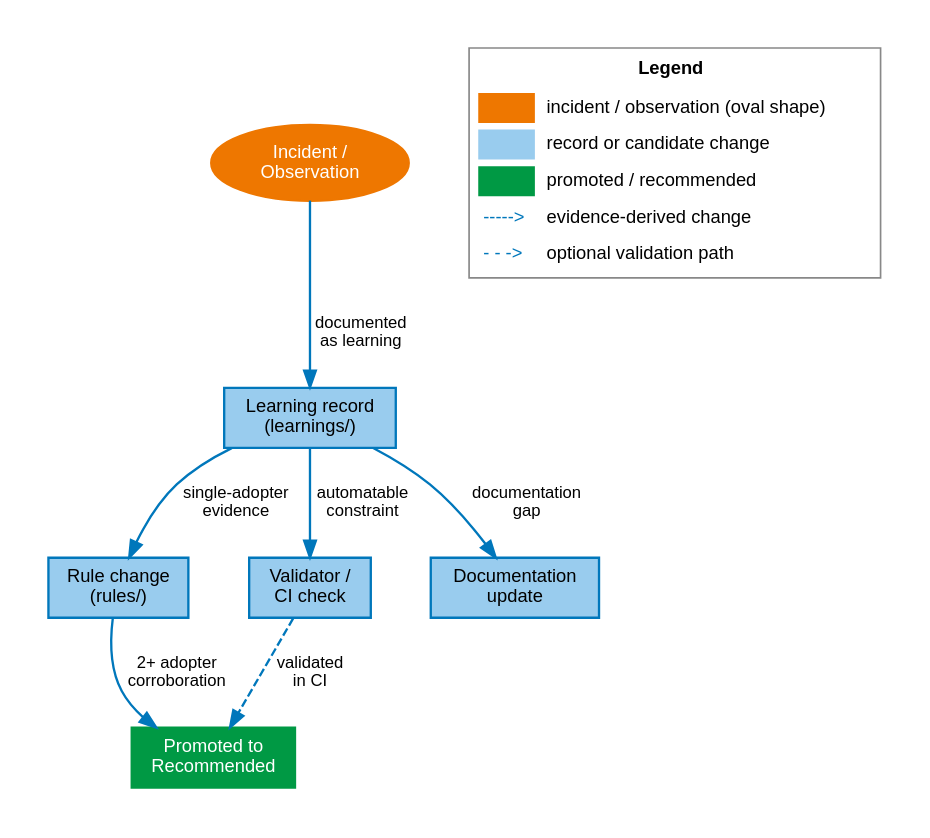
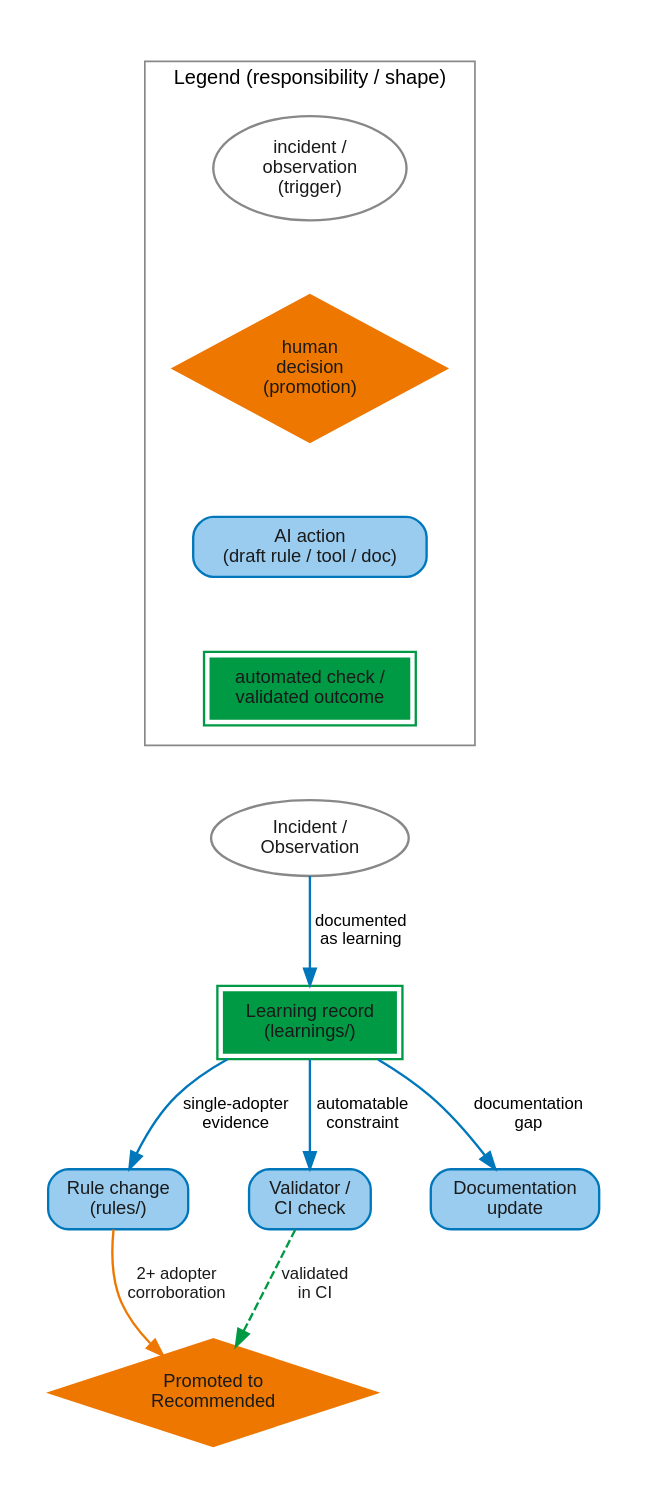
Before and after one commit to janipaijanen/agf-mirror: the diagram in agf/docs/figures/src/evidence-lifecycle.dot, drawn with Graphviz. The commit also changed 17 other files, not shown here.

```diff
--- a/agf/docs/figures/src/evidence-lifecycle.dot
+++ b/agf/docs/figures/src/evidence-lifecycle.dot
@@ -1,40 +1,74 @@
 // SPDX-License-Identifier: CC-BY-SA-4.0
 // agents-govern: evidence lifecycle (incident → learning → improvement)
 // Generate: dot -Tsvg evidence-lifecycle.dot -o ../evidence-lifecycle.svg
+//
+// Semantic responsibility palette: agf/docs/site/reference/palette.md
+// ("Semantic responsibility palette" section). Same contract and shape
+// key as gate-pipeline.dot / governance-loop.dot / learning-loop.dot:
+// fill colour encodes who is responsible for a node; shape is a second,
+// colour-independent signal for the same category. Fixes the same
+// "amber used for the wrong purpose" defect already fixed in
+// governance-loop: "Incident / Observation" was previously amber-filled
+// (also failing contrast: white text on amber is 2.89:1, below the
+// 4.5:1 AA threshold). Amber is now reserved exclusively for Human
+// decision (the "Promoted to Recommended" governance judgment);
+// "Incident / Observation" becomes the same neutral start-type ellipse
+// used by every other figure in this set.
 digraph evidence_lifecycle {
     graph [rankdir=TB, splines=spline, pad=0.3, nodesep=0.5, ranksep=0.6,
            bgcolor=white, fontname="Helvetica", fontsize=12]
     node  [fontname="Helvetica", fontsize=11, style=filled, shape=box,
            fillcolor="#99CCEE", color="#0077BB", penwidth=1.4]
     edge  [fontname="Helvetica", fontsize=10, color="#0077BB", penwidth=1.4]
 
+    // Shape key: identical treatment to the other converted figures.
+    subgraph cluster_shapekey {
+        label = "Legend (responsibility / shape)"
+        fontname = "Helvetica"
+        fontsize = 12
+        color = "#888888"
+        margin = 12
+
+        sk_oval      [label="incident /\nobservation\n(trigger)", shape=ellipse,
+                      fillcolor=white, color="#888888", fontcolor="#1A1A1A"]
+        sk_diamond   [label="human\ndecision\n(promotion)", shape=diamond,
+                      fillcolor="#EE7700", color="#EE7700", fontcolor="#1A1A1A"]
+        sk_ai        [label="AI action\n(draft rule / tool / doc)",
+                      style="filled,rounded", fillcolor="#99CCEE",
+                      color="#0077BB", fontcolor="#1A1A1A"]
+        sk_automated [label="automated check /\nvalidated outcome",
+                      style="filled,bold", peripheries=2, fillcolor="#009944",
+                      color="#009944", fontcolor="#1A1A1A"]
+
+        sk_oval -> sk_diamond -> sk_ai -> sk_automated [style=invis]
+    }
+
     incident  [label="Incident /\nObservation", shape=ellipse,
-               fillcolor="#EE7700", fontcolor=white, color="#EE7700"]
-    learning  [label="Learning record\n(learnings/)", fillcolor="#99CCEE"]
-    rule      [label="Rule change\n(rules/)", fillcolor="#99CCEE"]
-    tool      [label="Validator /\nCI check", fillcolor="#99CCEE"]
-    doc       [label="Documentation\nupdate", fillcolor="#99CCEE"]
-    promoted  [label="Promoted to\nRecommended", fillcolor="#009944",
-               fontcolor=white, color="#009944"]
+               fillcolor=white, color="#888888", fontcolor="#1A1A1A"]
+    learning  [label="Learning record\n(learnings/)", style="filled,bold",
+               peripheries=2, fillcolor="#009944", color="#009944",
+               fontcolor="#1A1A1A"]
+    rule      [label="Rule change\n(rules/)", style="filled,rounded",
+               fillcolor="#99CCEE", color="#0077BB", fontcolor="#1A1A1A"]
+    tool      [label="Validator /\nCI check", style="filled,rounded",
+               fillcolor="#99CCEE", color="#0077BB", fontcolor="#1A1A1A"]
+    doc       [label="Documentation\nupdate", style="filled,rounded",
+               fillcolor="#99CCEE", color="#0077BB", fontcolor="#1A1A1A"]
+    promoted  [label="Promoted to\nRecommended", shape=diamond,
+               fillcolor="#EE7700", color="#EE7700", fontcolor="#1A1A1A"]
+
+    // Stack the shape key above the diagram, same technique as the
+    // other converted figures.
+    sk_automated -> incident [style=invis]
 
     incident -> learning [label="documented\nas learning"]
     learning -> rule     [label="single-adopter\nevidence"]
     learning -> tool     [label="automatable\nconstraint"]
     learning -> doc      [label="documentation\ngap"]
-    rule     -> promoted [label="2+ adopter\ncorroboration"]
-    tool     -> promoted [style=dashed, label="validated\nin CI"]
+    rule     -> promoted [label="2+ adopter\ncorroboration", color="#EE7700",
+                          fontcolor="#1A1A1A"]
+    tool     -> promoted [style=dashed, label="validated\nin CI",
+                          color="#009944", fontcolor="#1A1A1A"]
 
     {rank=same; rule tool doc}
-
-    legend [shape=plain, label=<
-        <TABLE BORDER="1" CELLBORDER="0" CELLSPACING="4" CELLPADDING="3" COLOR="#888888" BGCOLOR="white">
-            <TR><TD COLSPAN="2"><B>Legend</B></TD></TR>
-            <TR><TD BGCOLOR="#EE7700" WIDTH="28"></TD><TD ALIGN="LEFT">incident / observation (oval shape)</TD></TR>
-            <TR><TD BGCOLOR="#99CCEE" WIDTH="28"></TD><TD ALIGN="LEFT">record or candidate change</TD></TR>
-            <TR><TD BGCOLOR="#009944" WIDTH="28"></TD><TD ALIGN="LEFT">promoted / recommended</TD></TR>
-            <TR><TD><FONT COLOR="#0077BB">-----&gt;</FONT></TD><TD ALIGN="LEFT">evidence-derived change</TD></TR>
-            <TR><TD><FONT COLOR="#0077BB">- - -&gt;</FONT></TD><TD ALIGN="LEFT">optional validation path</TD></TR>
-        </TABLE>
-    >]
-    {rank=same; legend; incident}
 }
```
